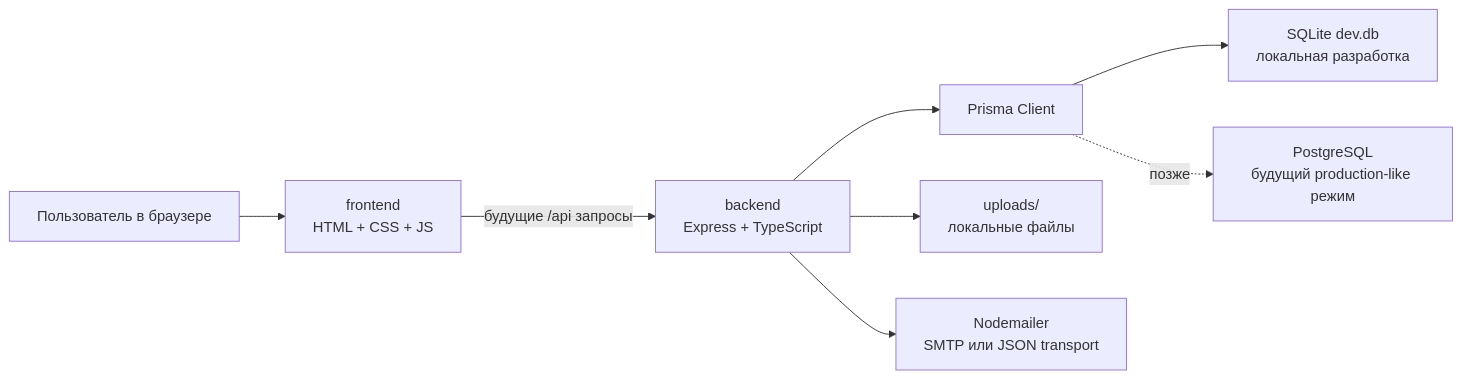
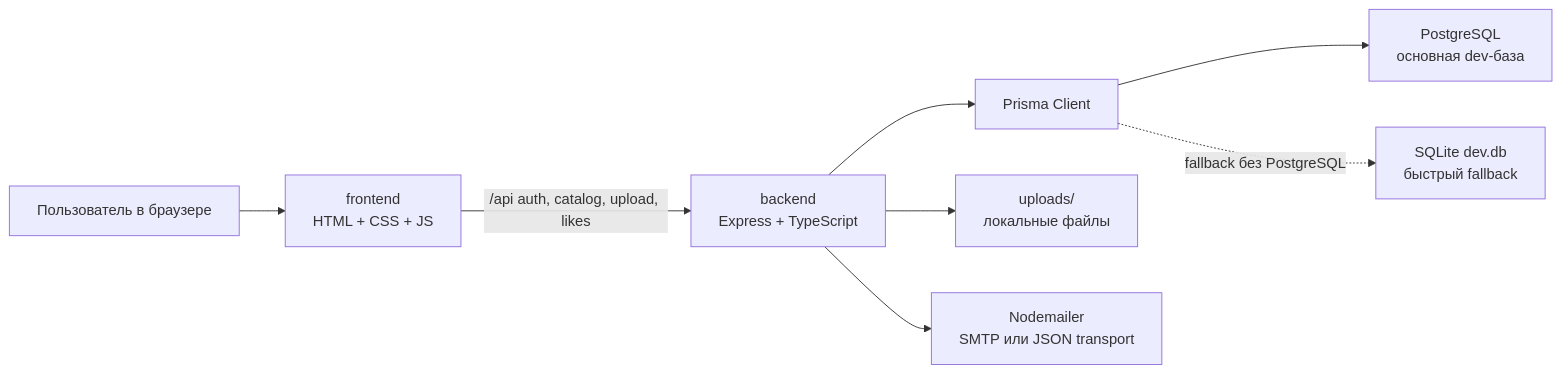
The first of 8 diagrams in README.md (bordermull/creator-platform), drawn with Mermaid before and after one commit. The commit also changed other lines of this file and 12 other files, not shown here.

````diff
--- a/README.md
+++ b/README.md
@@ -76,19 +78,19 @@
 ```mermaid
 flowchart LR
   user["Пользователь в браузере"]
   frontend["frontend<br/>HTML + CSS + JS"]
   api["backend<br/>Express + TypeScript"]
   prisma["Prisma Client"]
-  sqlite["SQLite dev.db<br/>локальная разработка"]
-  postgres["PostgreSQL<br/>будущий production-like режим"]
+  postgres["PostgreSQL<br/>основная dev-база"]
+  sqlite["SQLite dev.db<br/>быстрый fallback"]
   files["uploads/<br/>локальные файлы"]
   mail["Nodemailer<br/>SMTP или JSON transport"]
 
   user --> frontend
-  frontend -->|"будущие /api запросы"| api
+  frontend -->|"/api auth, catalog, upload, likes"| api
   api --> prisma
-  prisma --> sqlite
-  prisma -. "позже" .-> postgres
+  prisma --> postgres
+  prisma -. "fallback без PostgreSQL" .-> sqlite
   api --> files
   api --> mail
 ```
````
